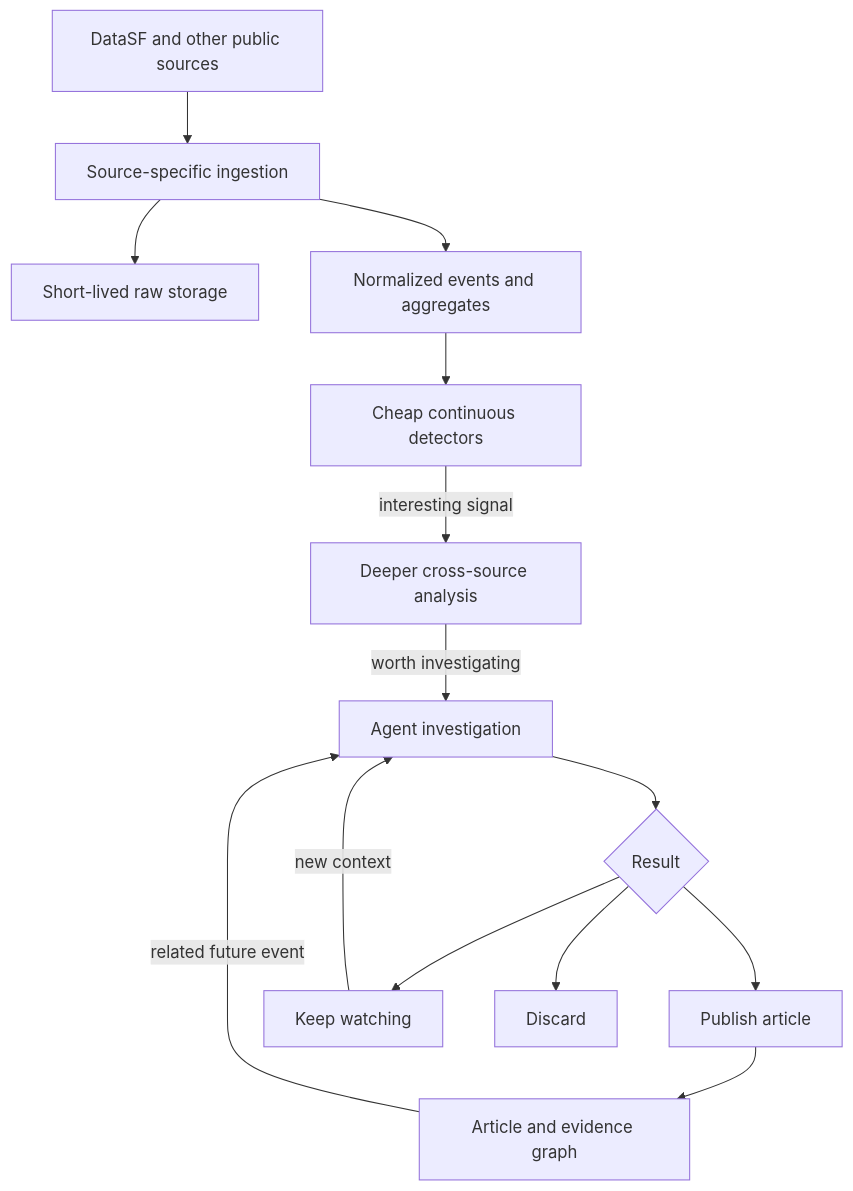
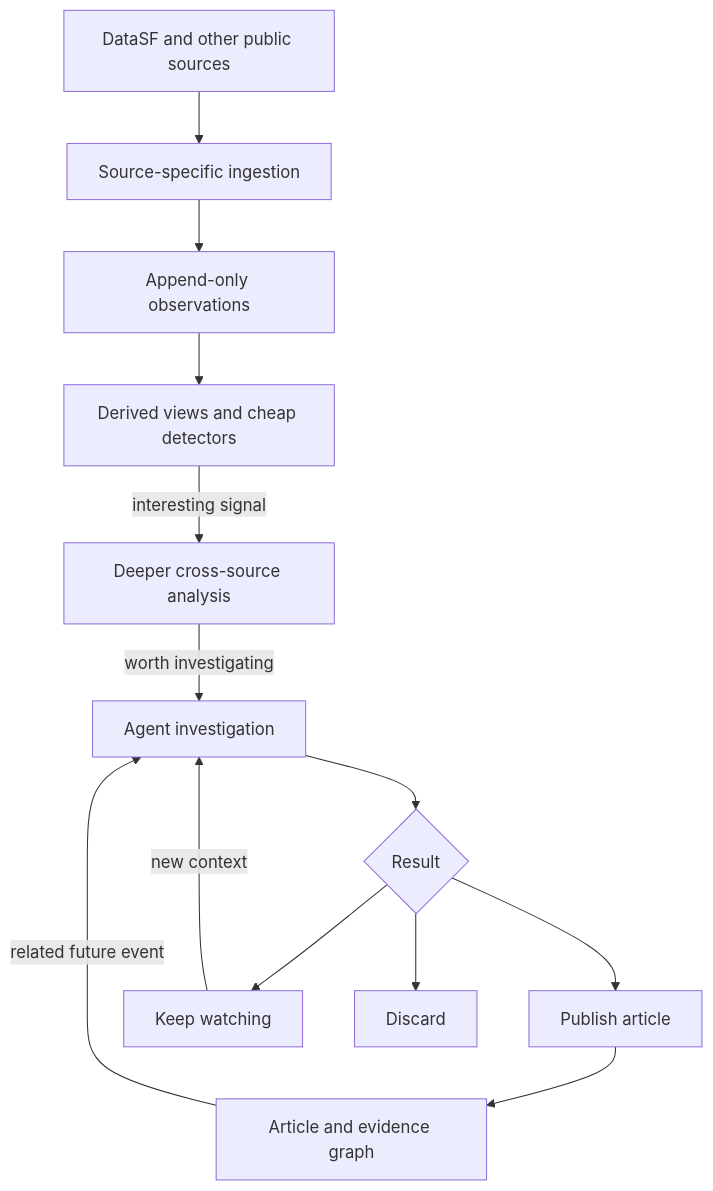
One commit to EzraApple/public-patterns changed the first of 2 diagrams in ARCHITECTURE.md. Above: the diagram before and after it, drawn with Mermaid. The commit also changed other lines of this file and 102 other files, not shown here.

````diff
--- a/ARCHITECTURE.md
+++ b/ARCHITECTURE.md
@@ -20,16 +20,15 @@
 ```mermaid
 flowchart TD
     A["DataSF and other public sources"] --> B["Source-specific ingestion"]
-    B --> C["Short-lived raw storage"]
-    B --> D["Normalized events and aggregates"]
-    D --> E["Cheap continuous detectors"]
+    B --> D["Append-only observations"]
+    D --> E["Derived views and cheap detectors"]
     E -->|"interesting signal"| F["Deeper cross-source analysis"]
     F -->|"worth investigating"| G["Agent investigation"]
     G --> H{"Result"}
     H --> I["Publish article"]
     H --> J["Keep watching"]
     H --> K["Discard"]
     I --> L["Article and evidence graph"]
     J -->|"new context"| G
     L -->|"related future event"| G
 ```
````
